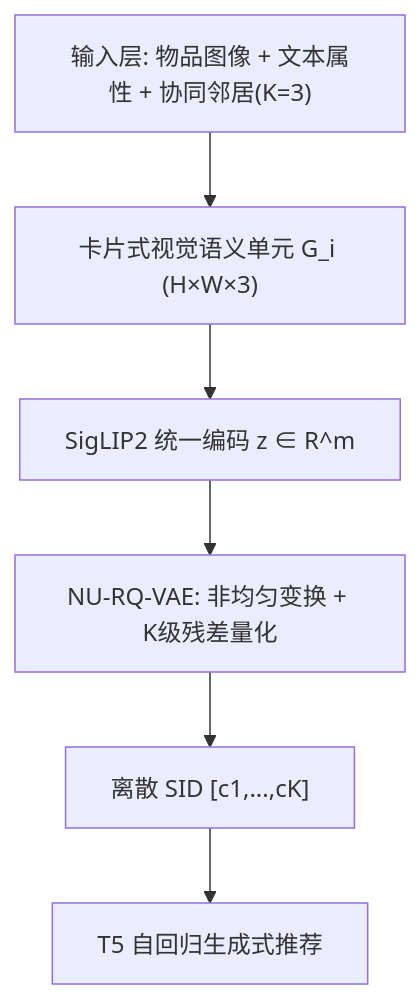
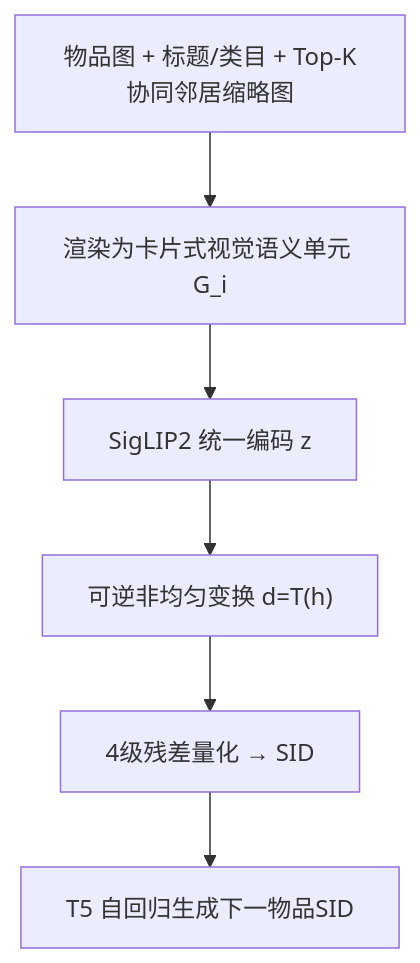
One commit to jbdcia321vw/Paper-Notes changed the diagram in docs/venues/SIGIR/2026/generative_rec/card_non_uniform_quantization_of_visual_semantic_unit_for_generative_recomm.md. Above: the diagram before and after it, drawn with Mermaid. The commit also changed other lines of this file and 1119 other files, not shown here.

````diff
--- a/docs/venues/SIGIR/2026/generative_rec/card_non_uniform_quantization_of_visual_semantic_unit_for_generative_recomm.md
+++ b/docs/venues/SIGIR/2026/generative_rec/card_non_uniform_quantization_of_visual_semantic_unit_for_generative_recomm.md
@@ -56,8 +48,8 @@
 ```mermaid
 flowchart TD
-    A["输入层: 物品图像 + 文本属性 + 协同邻居(K=3)"] --> B["卡片式视觉语义单元 G_i (H×W×3)"]
-    B --> C["SigLIP2 统一编码 z ∈ R^m"]
-    C --> D["NU-RQ-VAE: 非均匀变换 + K级残差量化"]
-    D --> E["离散 SID [c1,...,cK]"]
-    E --> F["T5 自回归生成式推荐"]
+    A["物品图 + 标题/类目 + Top-K协同邻居缩略图"] --> B["渲染为卡片式视觉语义单元 G_i"]
+    B --> C["SigLIP2 统一编码 z"]
+    C --> D["可逆非均匀变换 d=T(h)"]
+    D --> E["4级残差量化 → SID"]
+    E --> F["T5 自回归生成下一物品SID"]
 ```
````
